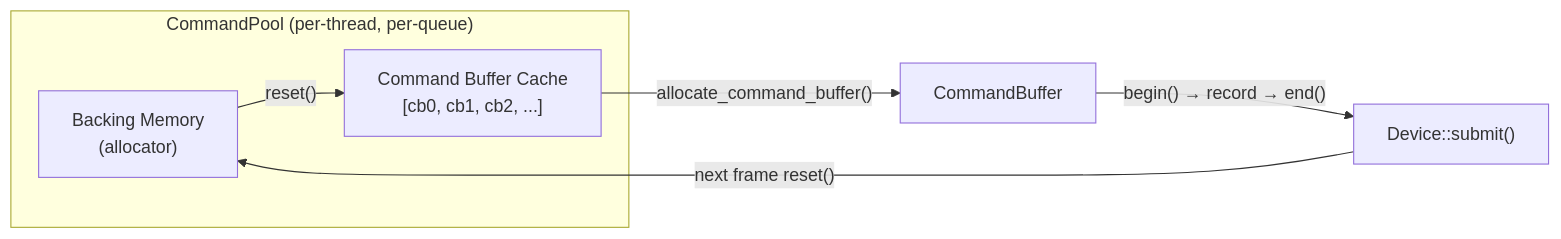
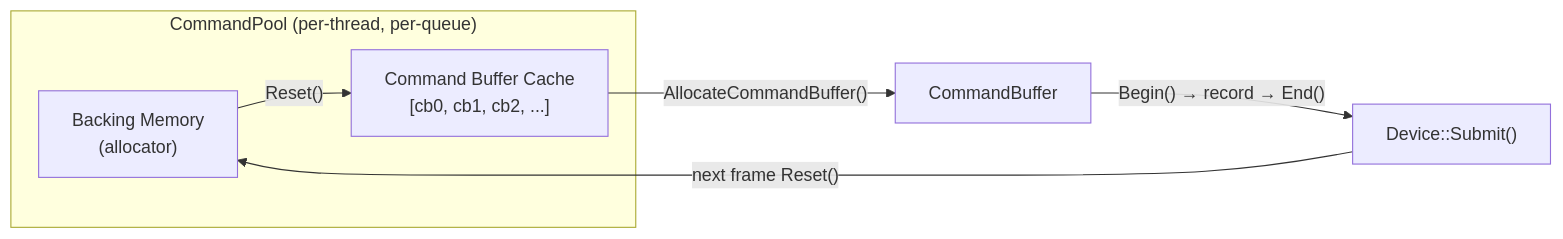
Before and after one commit to harmonius-dev/harmonius: the second of 3 diagrams in docs/design/gpu-backend-interface.md, drawn with Mermaid. The commit also changed other lines of this file and 67 other files, not shown here.

````diff
--- a/docs/design/gpu-backend-interface.md
+++ b/docs/design/gpu-backend-interface.md
@@ -702,12 +671,12 @@
 ```mermaid
 flowchart LR
     subgraph pool["CommandPool (per-thread, per-queue)"]
         Alloc["Backing Memory<br/>(allocator)"]
         Cache["Command Buffer Cache<br/>[cb0, cb1, cb2, ...]"]
     end
 
-    Alloc -->|"reset()"| Cache
-    Cache -->|"allocate_command_buffer()"| CB["CommandBuffer"]
-    CB -->|"begin() → record → end()"| Submit["Device::submit()"]
-    Submit -->|"next frame reset()"| Alloc
+    Alloc -->|"Reset()"| Cache
+    Cache -->|"AllocateCommandBuffer()"| CB["CommandBuffer"]
+    CB -->|"Begin() → record → End()"| Submit["Device::Submit()"]
+    Submit -->|"next frame Reset()"| Alloc
 ```
````
